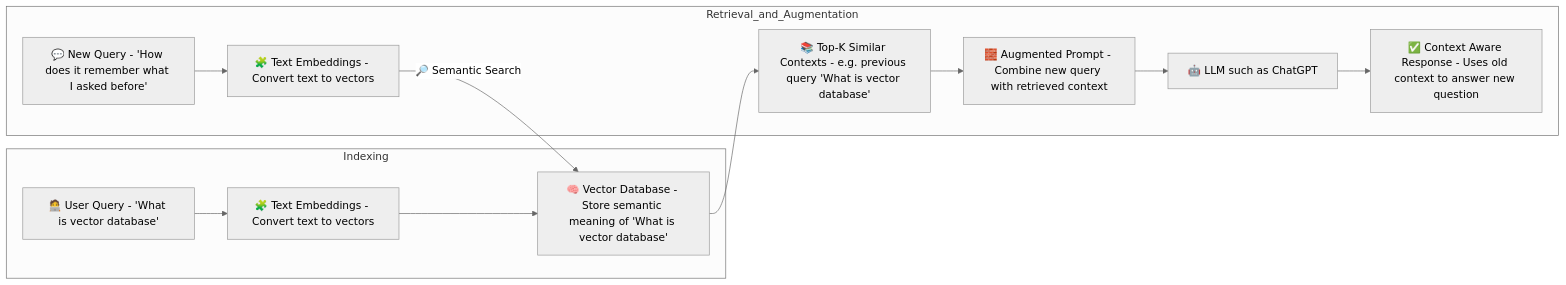
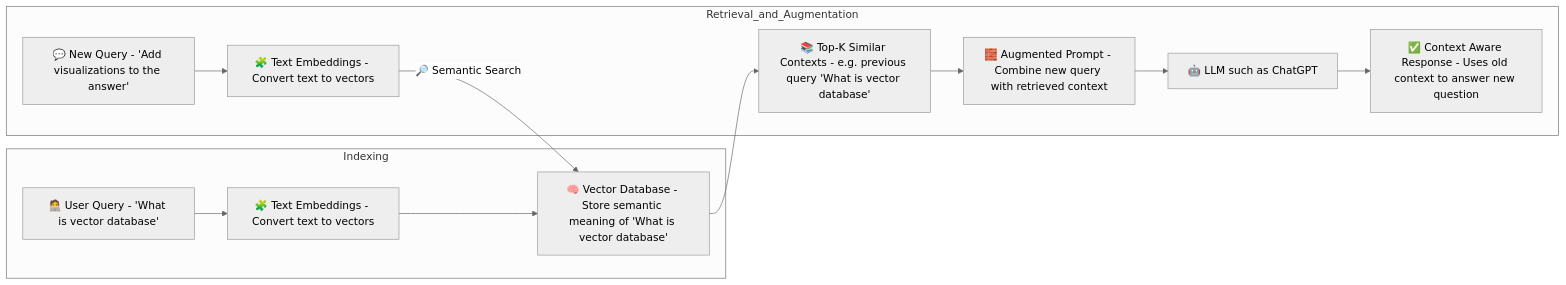
Before and after one commit to YahorDubrouski/ai-tools: the diagram in documentation/prompting-technics-2/PROMPTING_TECHNICS.md, drawn with Mermaid (neutral theme).

Commit message:
Add User Request Diagram

````diff
--- a/documentation/prompting-technics-2/PROMPTING_TECHNICS.md
+++ b/documentation/prompting-technics-2/PROMPTING_TECHNICS.md
@@ -26,16 +26,16 @@
 ```mermaid
 flowchart LR
 subgraph Indexing
 U1[🧑‍💻 User Query - 'What is vector database'] --> E1[🧩 Text Embeddings - Convert text to vectors]
 E1 --> V[🧠 Vector Database - Store semantic meaning of 'What is vector database']
 end
 
 subgraph Retrieval_and_Augmentation
-U2[💬 New Query - 'How does it remember what I asked before'] --> E2[🧩 Text Embeddings - Convert text to vectors]
+U2[💬 New Query - 'Add visualizations to the answer'] --> E2[🧩 Text Embeddings - Convert text to vectors]
 E2 -->|🔎 Semantic Search| V
 V --> C[📚 Top-K Similar Contexts - e.g. previous query 'What is vector database']
 C --> P[🧱 Augmented Prompt - Combine new query with retrieved context]
 P --> LLM[🤖 LLM such as ChatGPT]
 LLM --> OUT[✅ Context Aware Response - Uses old context to answer new question]
 end
 ```
````
